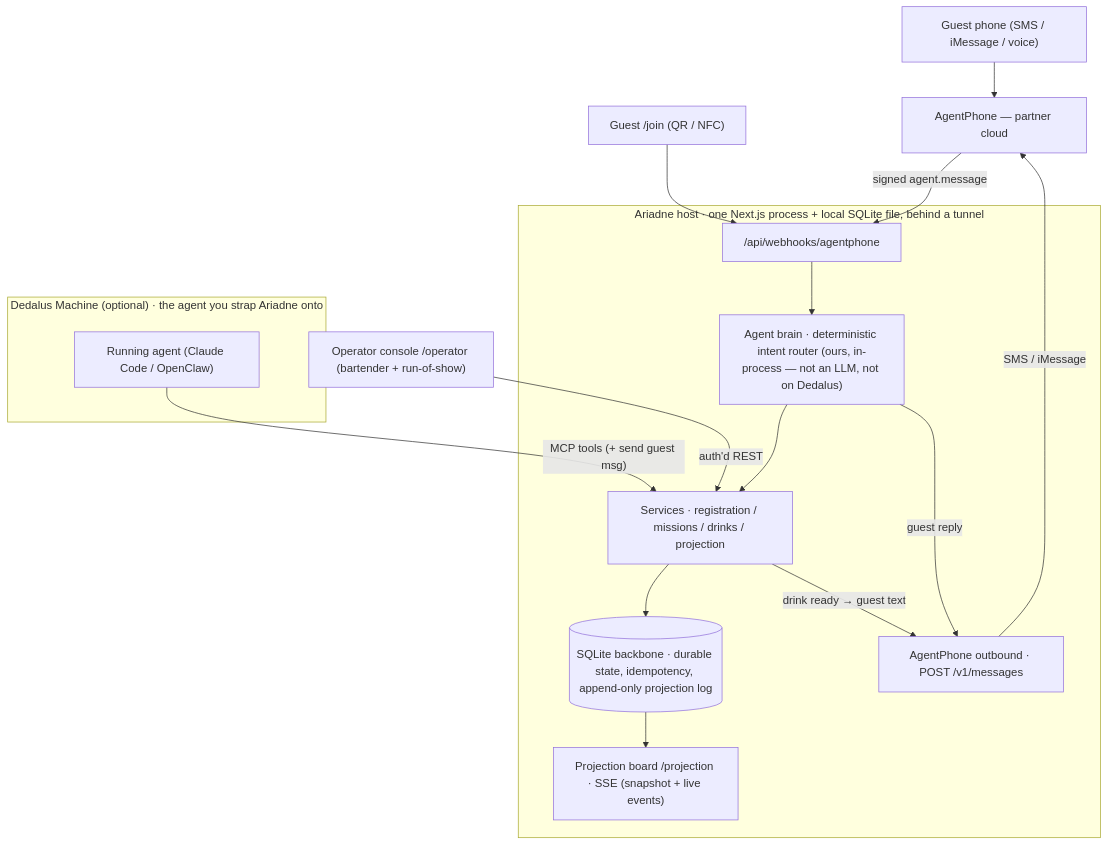
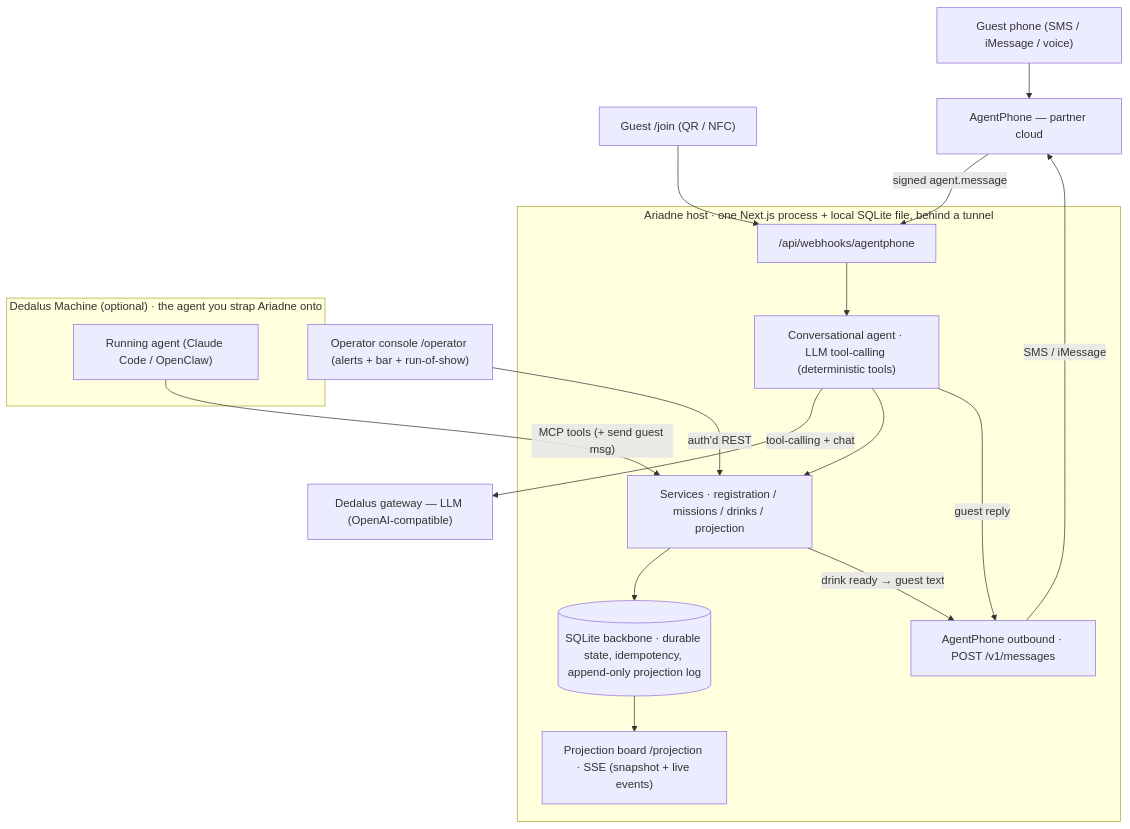
Before and after one commit to Kevin-Liu-01/Ariadne: the diagram in README.md, drawn with Mermaid. The commit also changed other lines of this file and 36 other files, not shown here.

First line of the commit message:
feat(agent): conversational LLM brain + event-readiness

````diff
--- a/README.md
+++ b/README.md
@@ -45,33 +45,35 @@
 ```mermaid
 flowchart TD
   guest["Guest phone (SMS / iMessage / voice)"]
   join["Guest /join (QR / NFC)"]
   ap["AgentPhone — partner cloud"]
-  op["Operator console /operator (bartender + run-of-show)"]
+  op["Operator console /operator (alerts + bar + run-of-show)"]
+  gw["Dedalus gateway — LLM (OpenAI-compatible)"]
 
   subgraph host["Ariadne host · one Next.js process + local SQLite file, behind a tunnel"]
     wh["/api/webhooks/agentphone"]
-    brain["Agent brain · deterministic intent router (ours, in-process — not an LLM, not on Dedalus)"]
+    brain["Conversational agent · LLM tool-calling (deterministic tools)"]
     svc["Services · registration / missions / drinks / projection"]
     db[("SQLite backbone · durable state, idempotency, append-only projection log")]
     out["AgentPhone outbound · POST /v1/messages"]
     proj["Projection board /projection · SSE (snapshot + live events)"]
   end
 
   subgraph dm["Dedalus Machine (optional) · the agent you strap Ariadne onto"]
     agent["Running agent (Claude Code / OpenClaw)"]
   end
 
   guest --> ap
   join --> wh
   ap -- "signed agent.message" --> wh
   wh --> brain
+  brain -- "tool-calling + chat" --> gw
   brain --> svc
   svc --> db
   brain -- "guest reply" --> out
   svc -- "drink ready → guest text" --> out
   out -- "SMS / iMessage" --> ap
   op -- "auth'd REST" --> svc
   agent -- "MCP tools (+ send guest msg)" --> svc
   db --> proj
 ```
````
